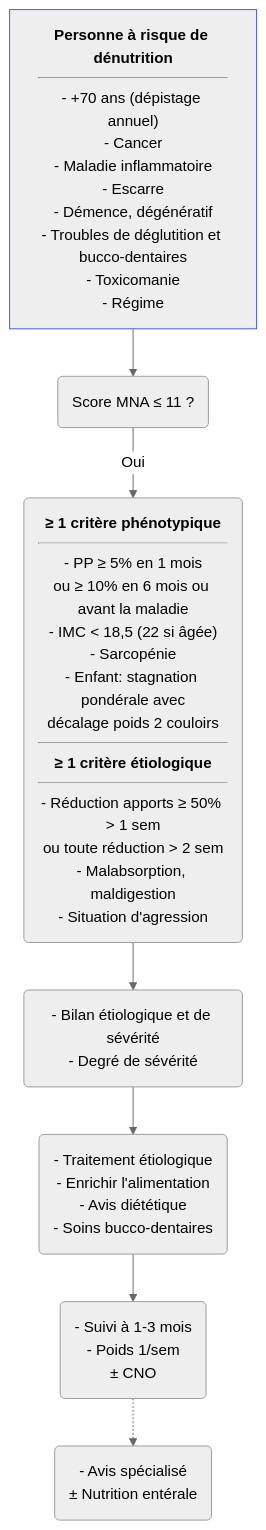
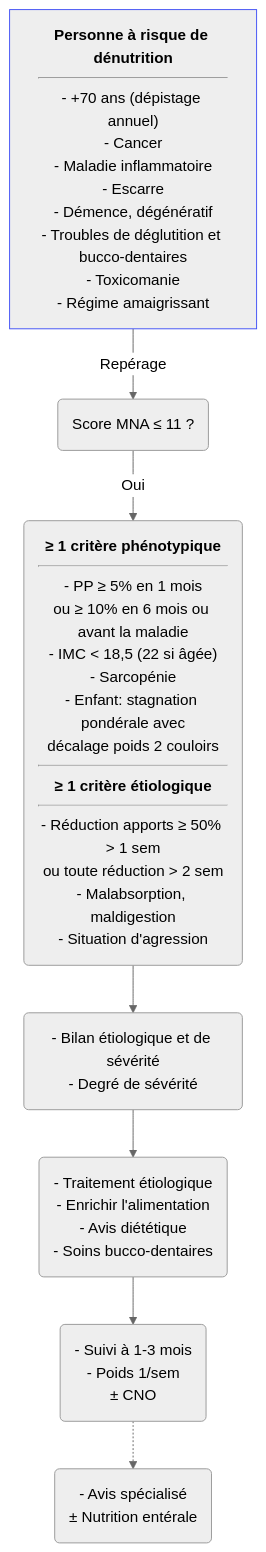
Before and after one commit to djibe/recommandations-medicales: the diagram in content/recommandations/denutrition.md, drawn with Mermaid (neutral theme). The commit also changed 31 other files, not shown here.

Commit message:
Upgrade Mermaid and fix error

```diff
--- a/content/recommandations/denutrition.md
+++ b/content/recommandations/denutrition.md
@@ -322,11 +322,12 @@
 {{< mermaid title="Prise en charge d'une personne à risque de dénutrition. Dr JB Fron d'après HAS/FFN 2021" >}}
 graph TB
-  fdr["<b>Personne à risque de dénutrition</b><hr>- +70 ans (dépistage annuel)<br>- Cancer<br>- Maladie inflammatoire<br>- Escarre<br>- Démence, dégénératif<br>- Troubles de déglutition et bucco-dentaires<br>- Toxicomanie<br>- Régime"]
+accTitle:Prise en charge d'une personne à risque de dénutrition d'après HAS et FFN 2021
+  fdr["<b>Personne à risque de dénutrition</b><hr>- +70 ans (dépistage annuel)<br>- Cancer<br>- Maladie inflammatoire<br>- Escarre<br>- Démence, dégénératif<br>- Troubles de déglutition et bucco-dentaires<br>- Toxicomanie<br>- Régime amaigrissant"]
   style fdr stroke:#4150f5, stroke-width:1px
-    fdr --> MNA("Score MNA ≤ 11 ?")
+    fdr -- Repérage --> MNA("Score MNA ≤ 11 ?")
       MNA -- Oui --> criteres("<b>≥ 1 critère phénotypique</b><hr>- PP ≥ 5% en 1 mois<br>ou ≥ 10% en 6 mois ou avant la maladie<br>- IMC &lt; 18,5 (22 si âgée)<br>- Sarcopénie<br>- Enfant: stagnation pondérale avec<br>décalage poids 2 couloirs<hr><b>≥ 1 critère étiologique</b><hr>- Réduction apports ≥ 50% &gt; 1 sem<br>ou toute réduction &gt; 2 sem<br>- Malabsorption, maldigestion<br>- Situation d'agression")
         criteres --> bilan("- Bilan étiologique et de sévérité<br>- Degré de sévérité")
           bilan --> traitement("- Traitement étiologique<br>- Enrichir l'alimentation<br>- Avis diététique<br>- Soins bucco-dentaires")
             traitement --> surveillance("- Suivi à 1-3 mois<br>- Poids 1/sem<br>&plusmn; CNO")
               surveillance -.-> ent("- Avis spécialisé<br>&plusmn; Nutrition entérale")
 {{< /mermaid >}}
```
